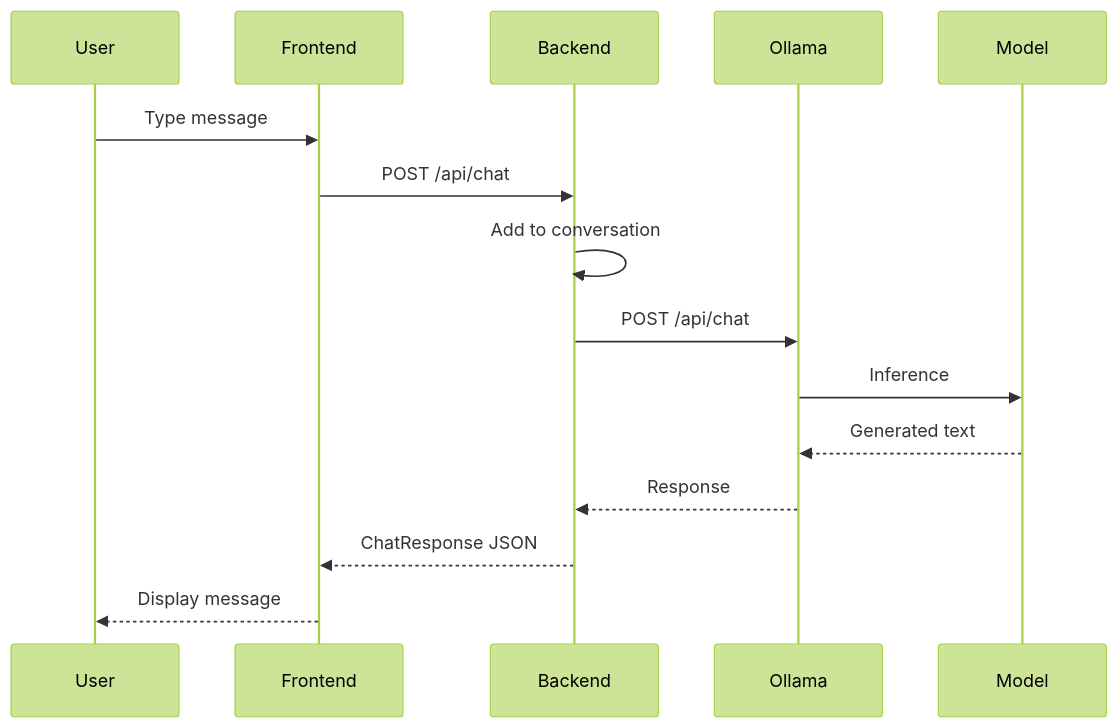
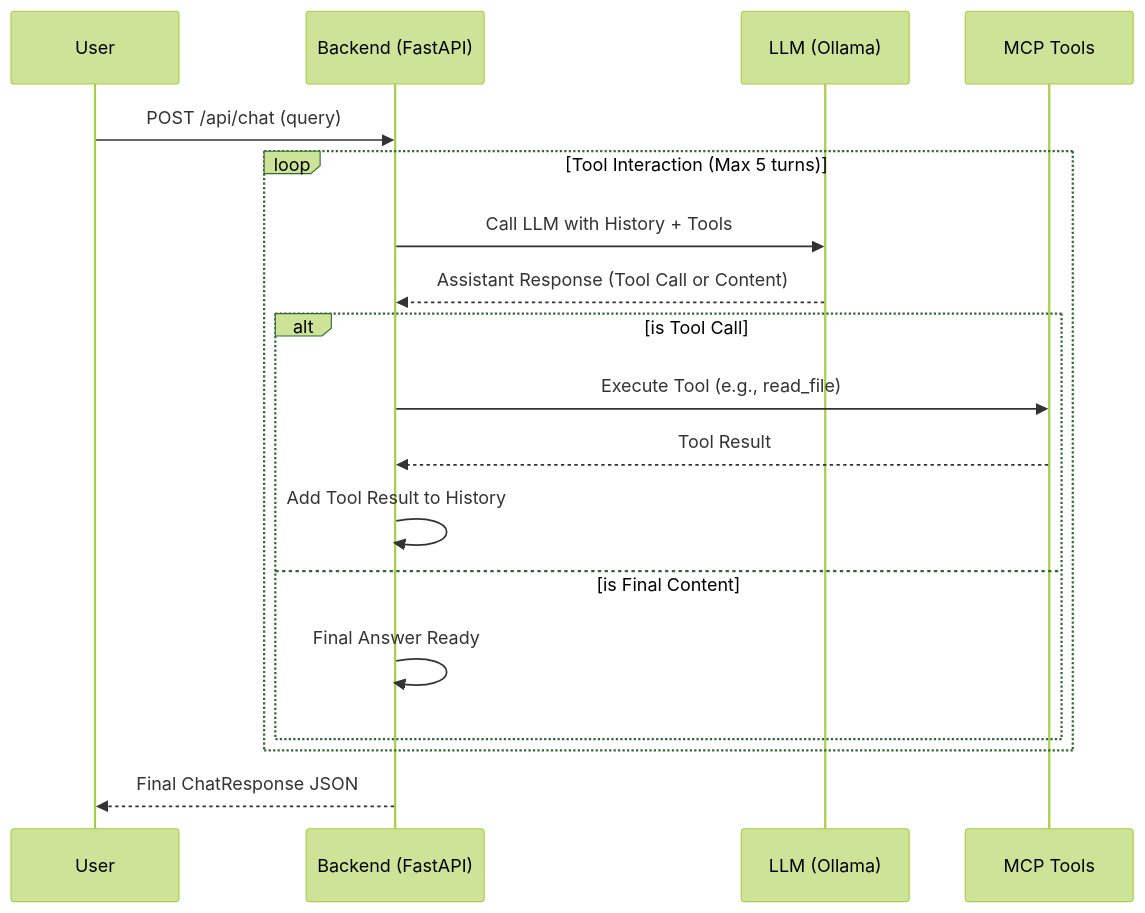
Before and after one commit to Manthya/chatbot-ai-systems-production: the second of 4 diagrams in README.md, drawn with Mermaid (forest theme). The commit also changed other lines of this file and 17 other files, not shown here.

````diff
--- a/README.md
+++ b/README.md
@@ -113,18 +121,21 @@
 ```mermaid
 sequenceDiagram
     participant U as User
-    participant F as Frontend
-    participant B as Backend
-    participant O as Ollama
-    participant M as Model
+    participant B as Backend (FastAPI)
+    participant L as LLM (Ollama)
+    participant T as MCP Tools
     
-    U->>F: Type message
-    F->>B: POST /api/chat
-    B->>B: Add to conversation
-    B->>O: POST /api/chat
-    O->>M: Inference
-    M-->>O: Generated text
-    O-->>B: Response
-    B-->>F: ChatResponse JSON
-    F-->>U: Display message
+    U->>B: POST /api/chat (query)
+    loop Tool Interaction (Max 5 turns)
+        B->>L: Call LLM with History + Tools
+        L-->>B: Assistant Response (Tool Call or Content)
+        alt is Tool Call
+            B->>T: Execute Tool (e.g., read_file)
+            T-->>B: Tool Result
+            B->>B: Add Tool Result to History
+        else is Final Content
+            B->>B: Final Answer Ready
+        end
+    end
+    B-->>U: Final ChatResponse JSON
 ```
````
